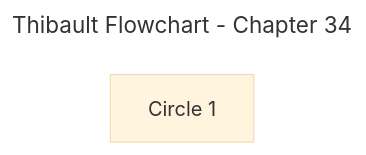
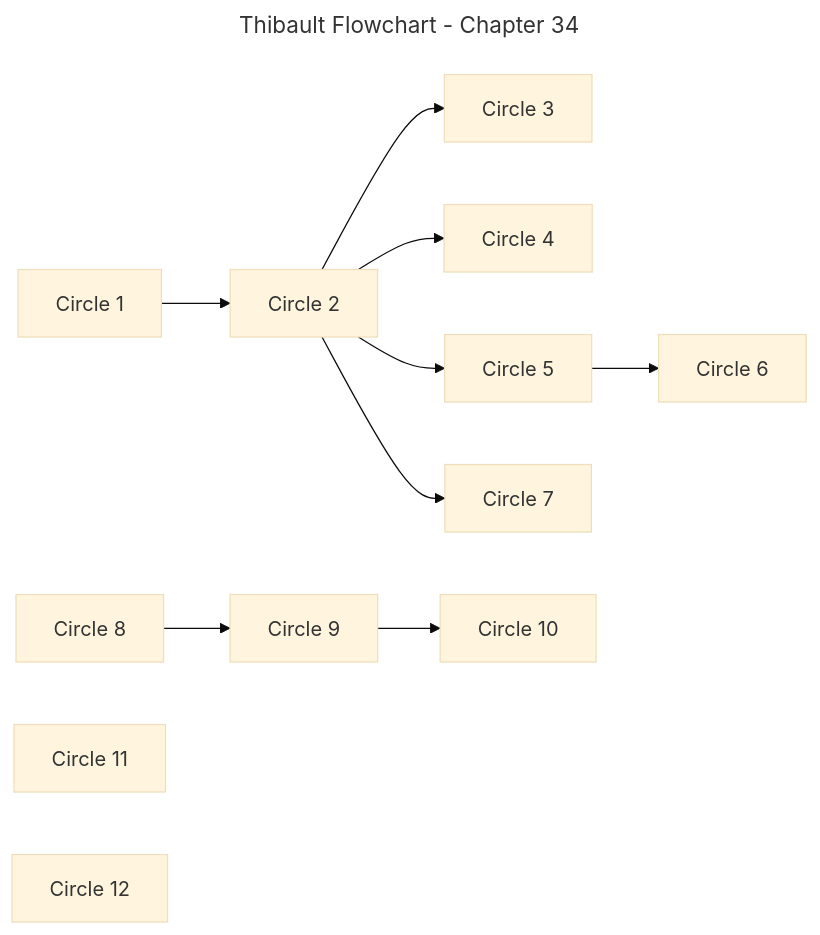
One commit to aquesnel/thibault-flowchart changed the diagram in flowchart-per-chapter/chapter-34.mmd. Above: the diagram before and after it, drawn with Mermaid (base theme).

Commit message:
feat(ch34): initial flowchart of the circles

```diff
--- a/flowchart-per-chapter/chapter-34.mmd
+++ b/flowchart-per-chapter/chapter-34.mmd
@@ -1,10 +1,31 @@
 ---
 title: Thibault Flowchart - Chapter 34
 config:
   layout: dagre
   flowchart:
     htmlLabels: false
 ---
 flowchart LR
 	%% Nodes
 	B2_T03_C01["Circle 1"]
+	B2_T03_C02["Circle 2"]
+	B2_T03_C03["Circle 3"]
+	B2_T03_C04["Circle 4"]
+	B2_T03_C05["Circle 5"]
+	B2_T03_C06["Circle 6"]
+	B2_T03_C07["Circle 7"]
+	B2_T03_C08["Circle 8"]
+	B2_T03_C09["Circle 9"]
+	B2_T03_C10["Circle 10"]
+	B2_T03_C11["Circle 11"]
+	B2_T03_C12["Circle 12"]
+
+	%% Edges
+	B2_T03_C01 --> B2_T03_C02
+	B2_T03_C02 --> B2_T03_C03
+	B2_T03_C02 --> B2_T03_C04
+	B2_T03_C02 --> B2_T03_C05
+	B2_T03_C05 --> B2_T03_C06
+	B2_T03_C02 --> B2_T03_C07
+	B2_T03_C08 --> B2_T03_C09
+	B2_T03_C09 --> B2_T03_C10
```
